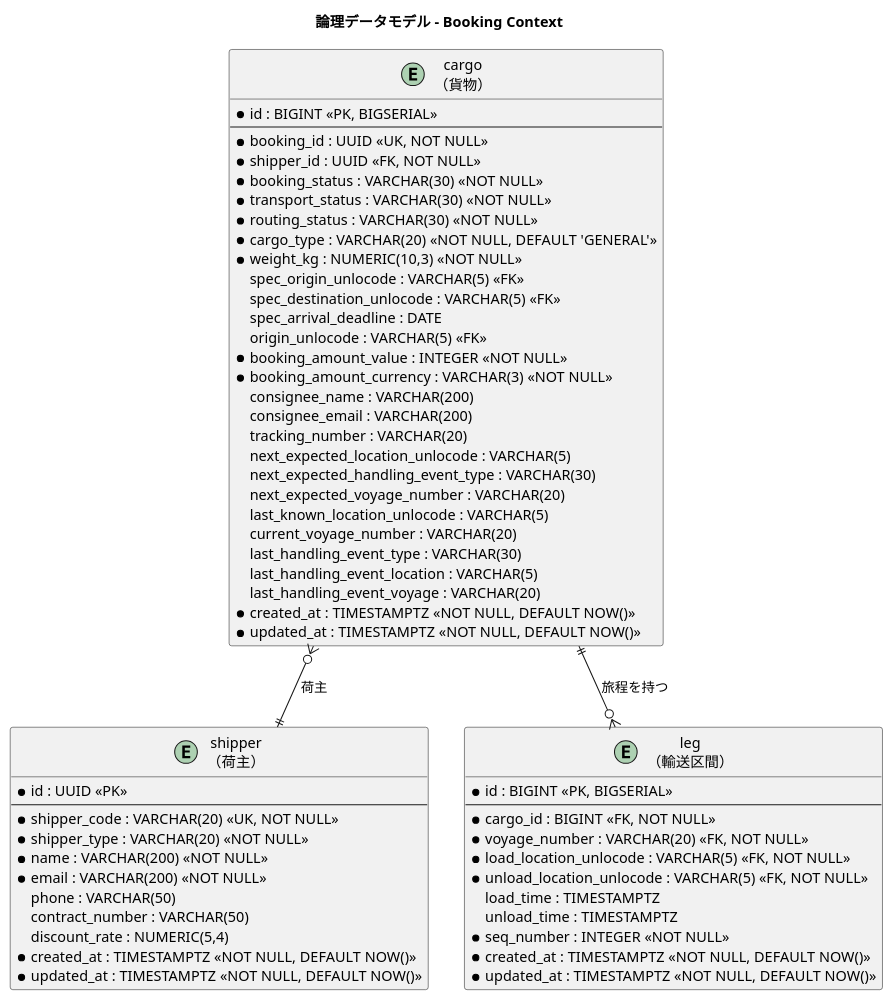
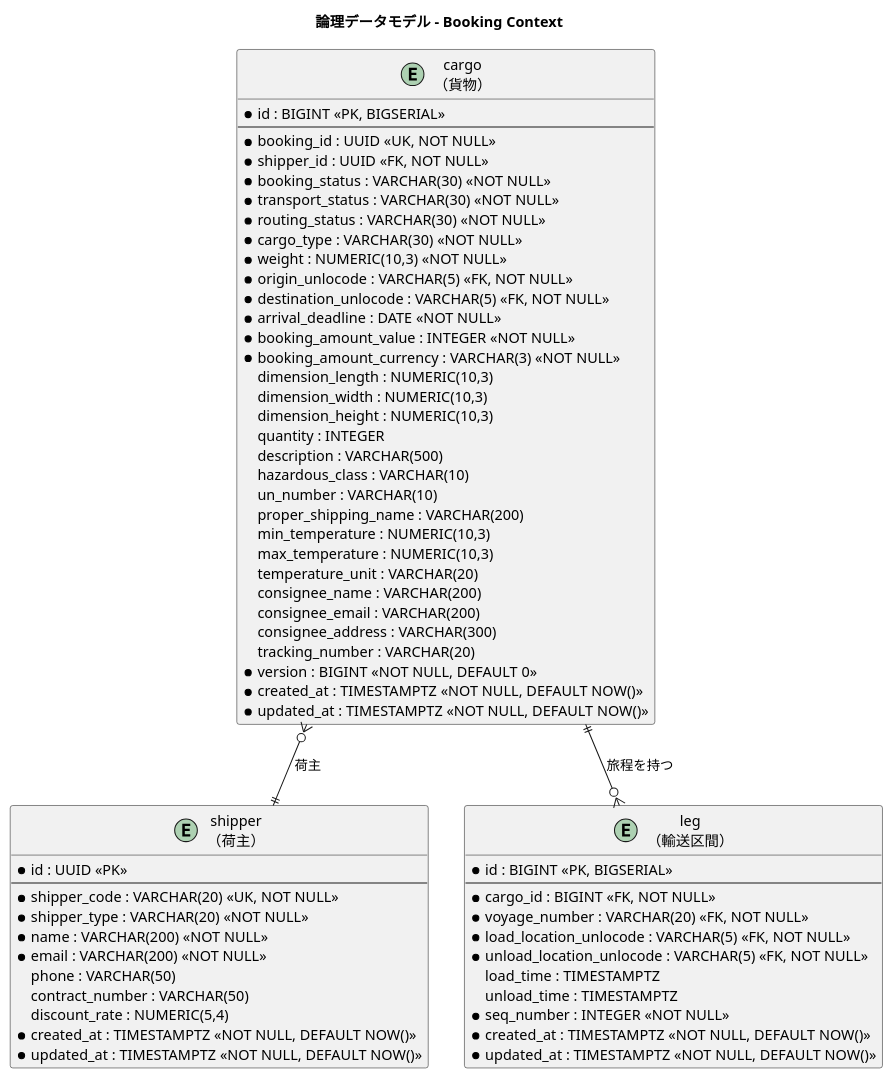
Before and after one commit to k2works/case-study-cargo-tracker: the third of 9 diagrams in docs/design/data-model.md, drawn with PlantUML. The commit also changed other lines of this file and 2 other files, not shown here.

Commit message:
test: data-model.md の列が実スキーマにあることを検査する
IT9 レビュー M12 / C17 の返済（IT10 タスク 0-4）。

**C17: 設計ドキュメントと実スキーマの乖離を機械で捕まえる。**
IT9 で危険物・冷凍の 6 列を足したとき、data-model.md には 8 IT 前から
その列が書かれていた。IT10 の着手前突合でも同じ形が出ている
（tracking_exception_event に発生場所の列が無い）。**2 回続いた見落としは
次も起きる。** 計画は設計ドキュメントを読んで立つため、「列はもうある」
という前提で見積もり、実装の途中でマイグレーションが要ると気づく。

検査は片方向にした。ドキュメントが書いた列が実在することだけを見る。
逆（スキーマにあるがドキュメントに無い）は、まだ書いていないだけの段階が
正常にありうる。

**有効化した時点で cargo に 12 件の乖離が出た。** weight_kg / spec_* という
実在しない列名と、一度も実装していない荷役の非正規化列 8 件である。
ドキュメント側を実スキーマに合わせ、IT9 で足した特別扱いの列を書き加えた。
存在しない列を足して赤になることも確認している。

**M12: ShipperSelfServiceTest が共有の users 行を戻していなかった。**
荷主・予約は毎回作り直すが users はマイグレーションが用意した共有の行で、
紐付けを残すと後続のテストが汚れる。壊れるのは別のテストで、しかも実行順に
依存するため原因にたどり着きにくい。

なお逆方向の乖離（スキーマにあるが未記載）が 13 テーブルに残っている。
本 IT のドキュメント作業（タスク 5-1）で扱う。

Claude-Session: https://claude.ai/code/session_01XEL2fxbzCfZAsucXpoN8iG

````diff
--- a/docs/design/data-model.md
+++ b/docs/design/data-model.md
@@ -339,68 +339,72 @@
 ```plantuml
 @startuml
 title 論理データモデル - Booking Context
 
 entity "shipper\n（荷主）" as shipper {
   * id : UUID <<PK>>
   --
   * shipper_code : VARCHAR(20) <<UK, NOT NULL>>
   * shipper_type : VARCHAR(20) <<NOT NULL>>
   * name : VARCHAR(200) <<NOT NULL>>
   * email : VARCHAR(200) <<NOT NULL>>
   phone : VARCHAR(50)
   contract_number : VARCHAR(50)
   discount_rate : NUMERIC(5,4)
   * created_at : TIMESTAMPTZ <<NOT NULL, DEFAULT NOW()>>
   * updated_at : TIMESTAMPTZ <<NOT NULL, DEFAULT NOW()>>
 }
 
 entity "cargo\n（貨物）" as cargo {
   * id : BIGINT <<PK, BIGSERIAL>>
   --
   * booking_id : UUID <<UK, NOT NULL>>
   * shipper_id : UUID <<FK, NOT NULL>>
   * booking_status : VARCHAR(30) <<NOT NULL>>
   * transport_status : VARCHAR(30) <<NOT NULL>>
   * routing_status : VARCHAR(30) <<NOT NULL>>
-  * cargo_type : VARCHAR(20) <<NOT NULL, DEFAULT 'GENERAL'>>
-  * weight_kg : NUMERIC(10,3) <<NOT NULL>>
-  spec_origin_unlocode : VARCHAR(5) <<FK>>
-  spec_destination_unlocode : VARCHAR(5) <<FK>>
-  spec_arrival_deadline : DATE
-  origin_unlocode : VARCHAR(5) <<FK>>
+  * cargo_type : VARCHAR(30) <<NOT NULL>>
+  * weight : NUMERIC(10,3) <<NOT NULL>>
+  * origin_unlocode : VARCHAR(5) <<FK, NOT NULL>>
+  * destination_unlocode : VARCHAR(5) <<FK, NOT NULL>>
+  * arrival_deadline : DATE <<NOT NULL>>
   * booking_amount_value : INTEGER <<NOT NULL>>
   * booking_amount_currency : VARCHAR(3) <<NOT NULL>>
+  dimension_length : NUMERIC(10,3)
+  dimension_width : NUMERIC(10,3)
+  dimension_height : NUMERIC(10,3)
+  quantity : INTEGER
+  description : VARCHAR(500)
+  hazardous_class : VARCHAR(10)
+  un_number : VARCHAR(10)
+  proper_shipping_name : VARCHAR(200)
+  min_temperature : NUMERIC(10,3)
+  max_temperature : NUMERIC(10,3)
+  temperature_unit : VARCHAR(20)
   consignee_name : VARCHAR(200)
   consignee_email : VARCHAR(200)
+  consignee_address : VARCHAR(300)
   tracking_number : VARCHAR(20)
-  next_expected_location_unlocode : VARCHAR(5)
-  next_expected_handling_event_type : VARCHAR(30)
-  next_expected_voyage_number : VARCHAR(20)
-  last_known_location_unlocode : VARCHAR(5)
-  current_voyage_number : VARCHAR(20)
-  last_handling_event_type : VARCHAR(30)
-  last_handling_event_location : VARCHAR(5)
-  last_handling_event_voyage : VARCHAR(20)
+  * version : BIGINT <<NOT NULL, DEFAULT 0>>
   * created_at : TIMESTAMPTZ <<NOT NULL, DEFAULT NOW()>>
   * updated_at : TIMESTAMPTZ <<NOT NULL, DEFAULT NOW()>>
 }
 
 entity "leg\n（輸送区間）" as leg {
   * id : BIGINT <<PK, BIGSERIAL>>
   --
   * cargo_id : BIGINT <<FK, NOT NULL>>
   * voyage_number : VARCHAR(20) <<FK, NOT NULL>>
   * load_location_unlocode : VARCHAR(5) <<FK, NOT NULL>>
   * unload_location_unlocode : VARCHAR(5) <<FK, NOT NULL>>
   load_time : TIMESTAMPTZ
   unload_time : TIMESTAMPTZ
   * seq_number : INTEGER <<NOT NULL>>
   * created_at : TIMESTAMPTZ <<NOT NULL, DEFAULT NOW()>>
   * updated_at : TIMESTAMPTZ <<NOT NULL, DEFAULT NOW()>>
 }
 
 cargo }o--|| shipper : "荷主"
 cargo ||--o{ leg : "旅程を持つ"
 
 @enduml
 ```
````
